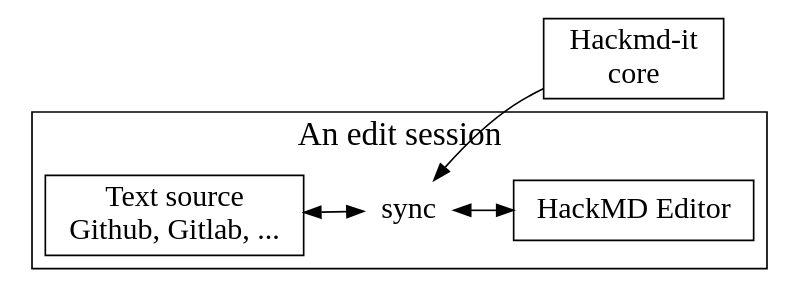
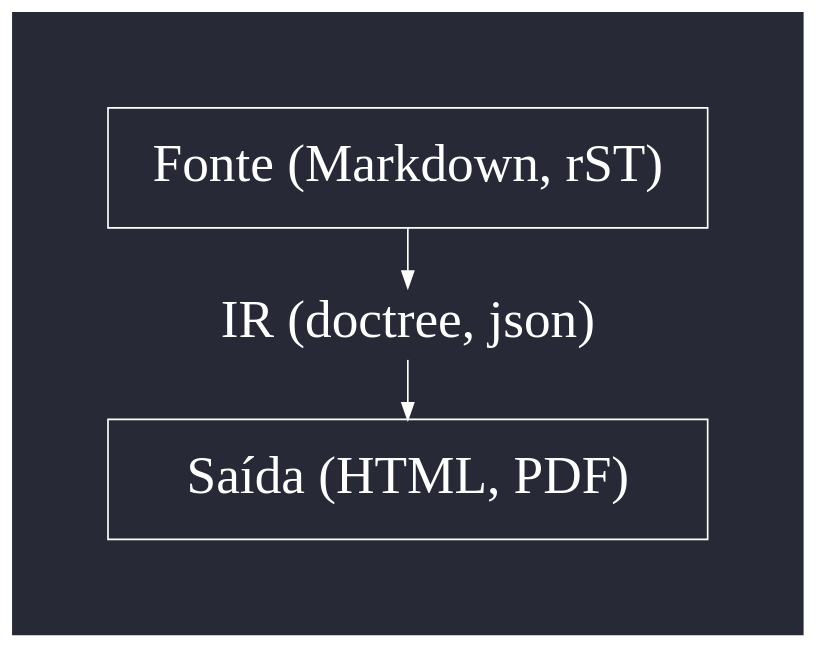
The diagram in talk.md (melissawm/pythonfloripa2025), drawn with Graphviz before and after one commit. The commit also changed other lines of this file, not shown here.

````diff
--- a/talk.md
+++ b/talk.md
@@ -246,27 +188,18 @@
 ```graphviz
 digraph {
-  compound=true
-  rankdir=RL
+  bgcolor="#272A36"
+  fontcolor="white"
+  pad=0.8
+  rankdir=TD
 
-  graph [ fontname="Source Sans Pro", fontsize=20 ];
-  node [ fontname="Source Sans Pro", fontsize=18];
-  edge [ fontname="Source Sans Pro", fontsize=12 ];
+  graph [ fontname="Source Sans Pro", fontsize=32 ];
+  node [ fontname="Source Sans Pro", fontsize=32];
+  edge [ fontname="Source Sans Pro", fontsize=32 ];
 
-
-  subgraph core {
-    c [label="Hackmd-it \ncore"] [shape=box]
-  }
-  
-  c -> sync [ltail=session lhead=session]
-
-  subgraph cluster1 {
-     concentrate=true
-    a [label="Text source\nGithub, Gitlab, ..."] [shape=box]
-    b [label="HackMD Editor"] [shape=box]
-    sync [label="sync" shape=plaintext ]
-    b -> sync  [dir="both"]
-    sync -> a [dir="both"]
-    label="An edit session"
-  }
+  a [label="Fonte (Markdown, rST)" fontcolor="white"] [shape=box, color="white", height=1, width=5, pos="0,0!"]
+  b [label="Saída (HTML, PDF)" fontcolor="white"] [shape=box, color="white", height=1, width=5, pos="1,0!"]
+  IR [label="IR (doctree, json)" shape=plaintext fontcolor="white", pos="1, -1!"]
+  IR -> b [color="white"]
+  a -> IR [color="white"]
 }
 ```
````
